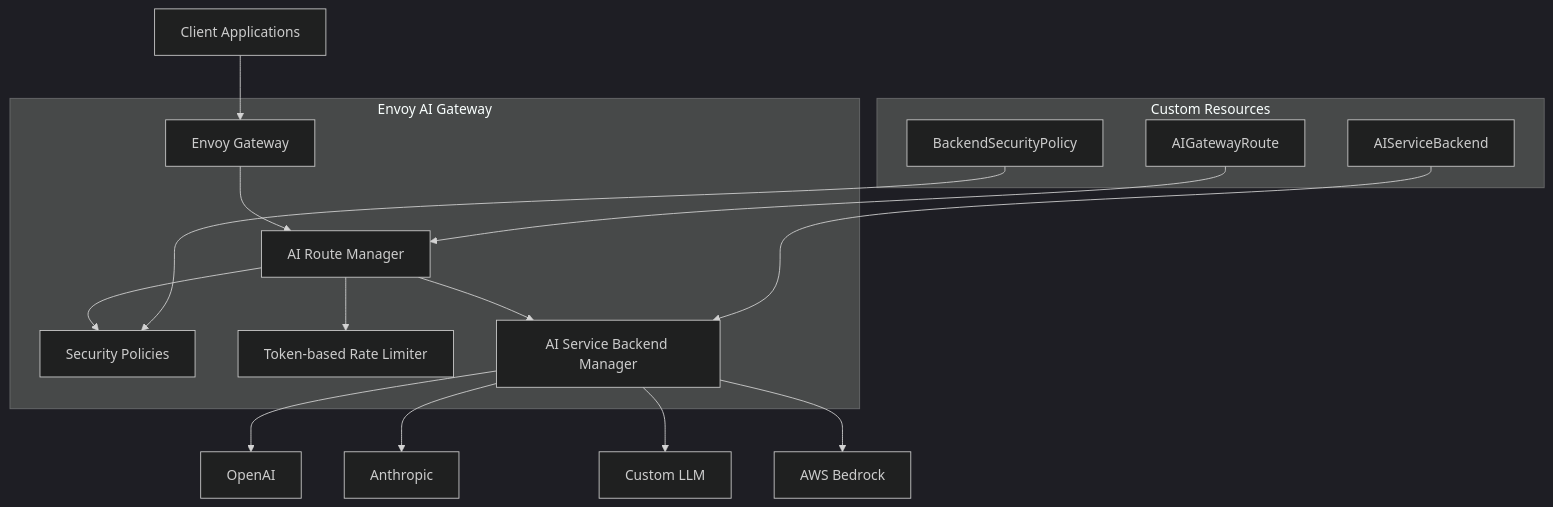
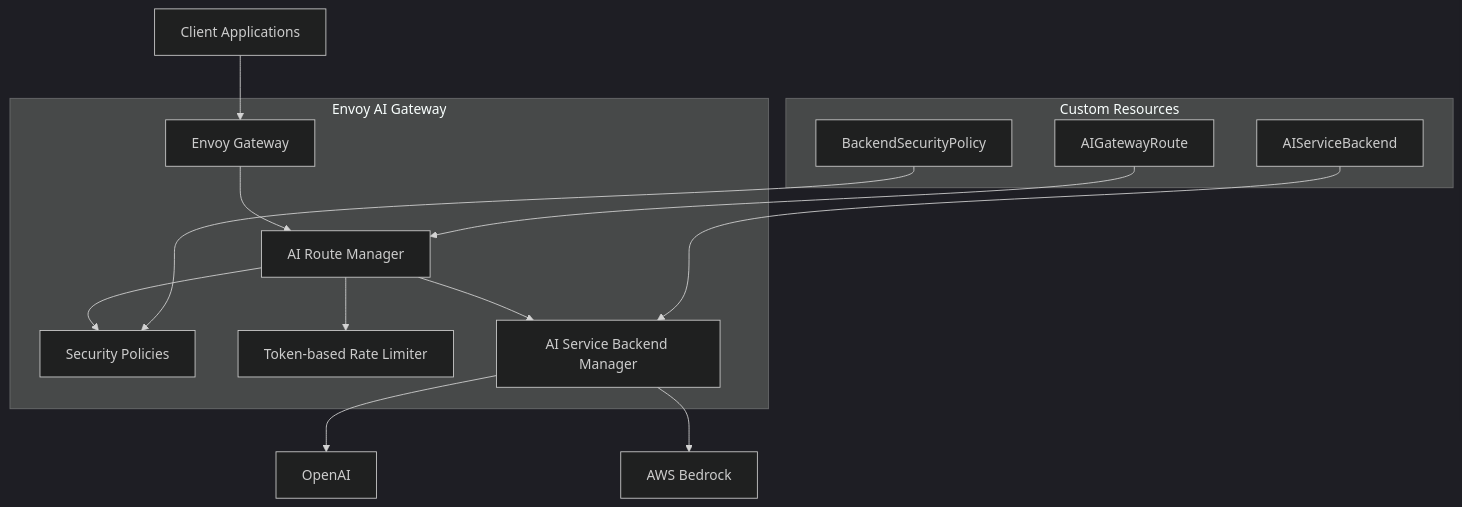
Before and after one commit to saptak/saptak.github.io: the second of 7 diagrams in _posts/2025-03-20-securing-optimizing-multi-agent-ai-with-envoy-gateway.md, drawn with Mermaid (dark theme).

Commit message:
updated diagram

````diff
--- a/_posts/2025-03-20-securing-optimizing-multi-agent-ai-with-envoy-gateway.md
+++ b/_posts/2025-03-20-securing-optimizing-multi-agent-ai-with-envoy-gateway.md
@@ -116,26 +116,24 @@
 ```mermaid
 graph TD
     Client[Client Applications] --> Gateway[Envoy Gateway]
     
     subgraph "Envoy AI Gateway"
         Gateway --> Router[AI Route Manager]
         Router --> SecPolicy[Security Policies]
         Router --> RateLimit[Token-based Rate Limiter]
         Router --> AIBackend[AI Service Backend Manager]
     end
     
     AIBackend --> Provider1[OpenAI]
-    AIBackend --> Provider2[Anthropic]
-    AIBackend --> Provider3[Custom LLM]
     AIBackend --> Provider4[AWS Bedrock]
     
     subgraph "Custom Resources"
         CRD1[AIGatewayRoute]
         CRD2[AIServiceBackend]
         CRD3[BackendSecurityPolicy]
     end
     
     CRD1 --> Router
     CRD2 --> AIBackend
     CRD3 --> SecPolicy
 ```
````
